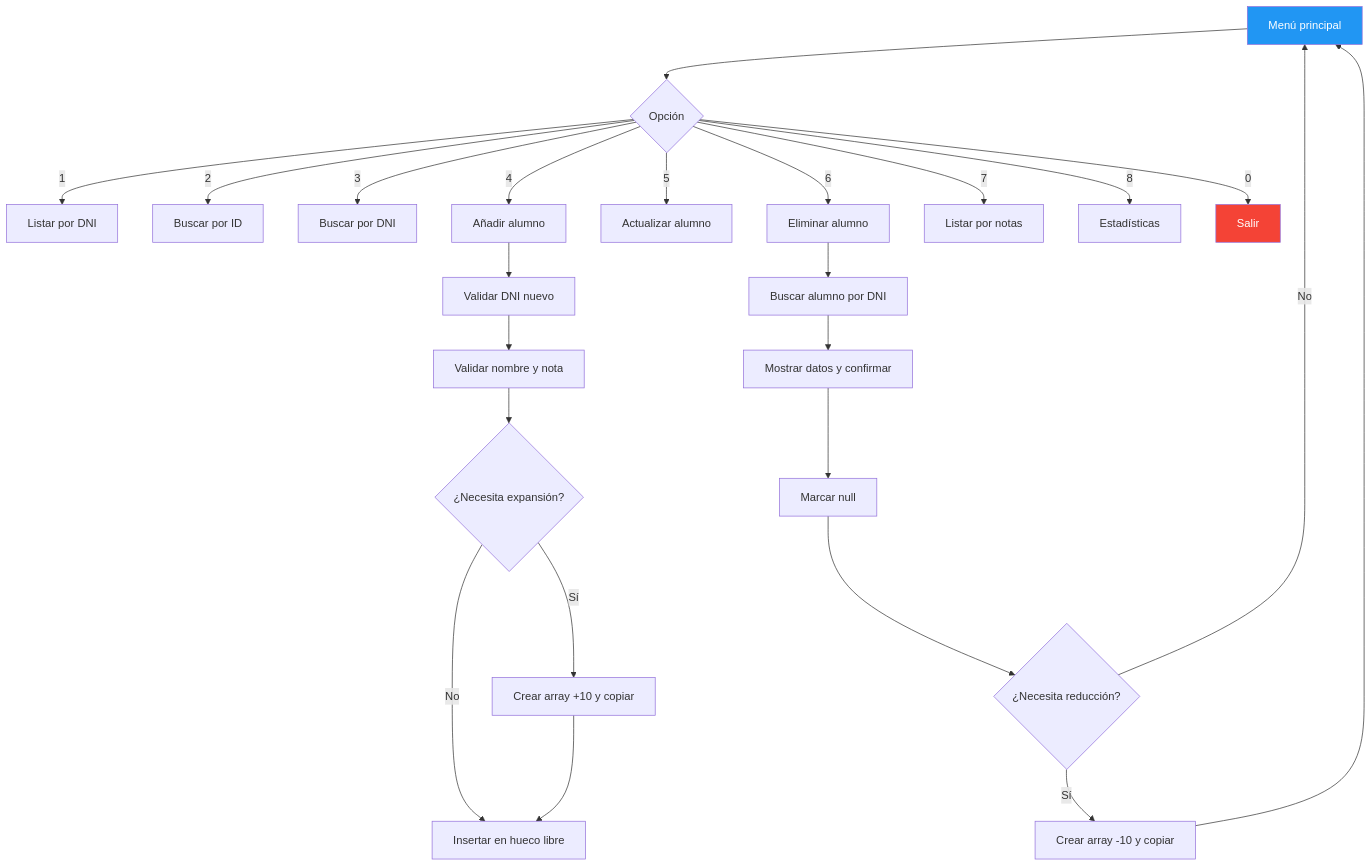
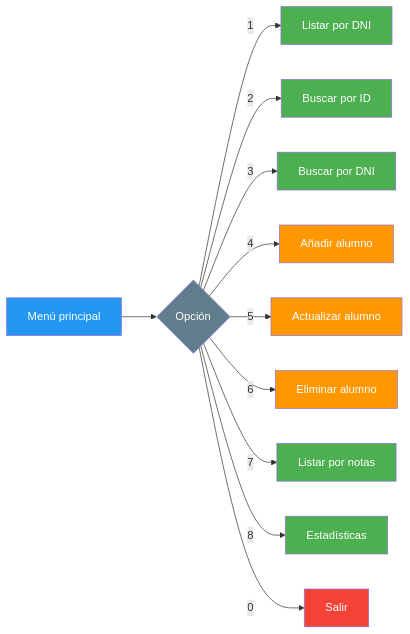
The first of 3 diagrams in soluciones/24-BaseDatosAlumnado/README.md (joseluisgs/Programacion-03-2026-2027), drawn with Mermaid before and after one commit. The commit also changed other lines of this file, not shown here.

Commit message:
[docs] Reestructurar el diagrama del menu de la 24 y normalizar sus titulos
El diagrama del menu medía 1947 px (6,56 px de letra en GitHub): se pasa a graph LR con las opciones apiladas en columna, se quitan las ramas de crear y eliminar (ya cubiertas por los dos flujos nuevos) y se estilizan todos los nodos con la paleta. Ahora mide 583 px -> 16 px. Se aplica además la normalización RAE al titulo y a 'Conceptos clave'. Validacion: 0 errores y 0 warnings.

````diff
--- a/soluciones/24-BaseDatosAlumnado/README.md
+++ b/soluciones/24-BaseDatosAlumnado/README.md
@@ -45,28 +47,24 @@
 ```mermaid
-graph TD
+graph LR
     A[Menú principal] --> B{Opción}
     B -->|1| C[Listar por DNI]
     B -->|2| D[Buscar por ID]
     B -->|3| E[Buscar por DNI]
     B -->|4| F[Añadir alumno]
     B -->|5| G[Actualizar alumno]
     B -->|6| H[Eliminar alumno]
     B -->|7| I[Listar por notas]
     B -->|8| J[Estadísticas]
     B -->|0| K[Salir]
-    F --> F1[Validar DNI nuevo]
-    F1 --> F2[Validar nombre y nota]
-    F2 --> F3{¿Necesita expansión?}
-    F3 -->|Sí| F4[Crear array +10 y copiar]
-    F3 -->|No| F5[Insertar en hueco libre]
-    F4 --> F5
-    H --> H1[Buscar alumno por DNI]
-    H1 --> H2[Mostrar datos y confirmar]
-    H2 --> H3[Marcar null]
-    H3 --> H4{¿Necesita reducción?}
-    H4 -->|Sí| H5[Crear array -10 y copiar]
-    H4 -->|No| A
-    H5 --> A
     style A fill:#2196F3,color:#fff
+    style B fill:#607D8B,color:#fff
+    style C fill:#4CAF50,color:#fff
+    style D fill:#4CAF50,color:#fff
+    style E fill:#4CAF50,color:#fff
+    style F fill:#FF9800,color:#fff
+    style G fill:#FF9800,color:#fff
+    style H fill:#FF9800,color:#fff
+    style I fill:#4CAF50,color:#fff
+    style J fill:#4CAF50,color:#fff
     style K fill:#f44336,color:#fff
 ```
````
